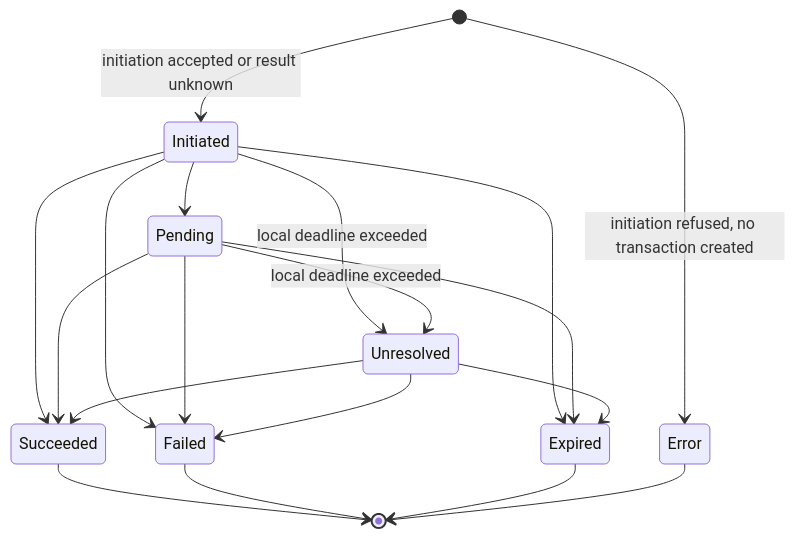
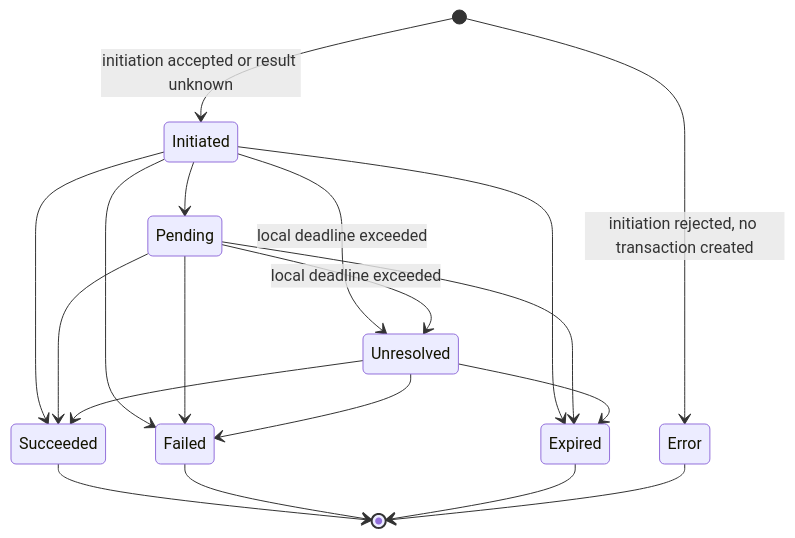
Before and after one commit to skyengpro/local_payments: the third of 4 diagrams in docs/ARCHITECTURE.md, drawn with Mermaid. The commit also changed other lines of this file and 1 other file, not shown here.

````diff
--- a/docs/ARCHITECTURE.md
+++ b/docs/ARCHITECTURE.md
@@ -294,21 +336,21 @@
 ```mermaid
 stateDiagram-v2
     [*] --> Initiated : initiation accepted or result unknown
-    [*] --> Error : initiation refused, no transaction created
+    [*] --> Error : initiation rejected, no transaction created
     Initiated --> Pending
     Initiated --> Succeeded
     Initiated --> Failed
     Initiated --> Expired
     Initiated --> Unresolved : local deadline exceeded
     Pending --> Succeeded
     Pending --> Failed
     Pending --> Expired
     Pending --> Unresolved : local deadline exceeded
     Unresolved --> Succeeded
     Unresolved --> Failed
     Unresolved --> Expired
     Succeeded --> [*]
     Failed --> [*]
     Expired --> [*]
     Error --> [*]
 ```
````
